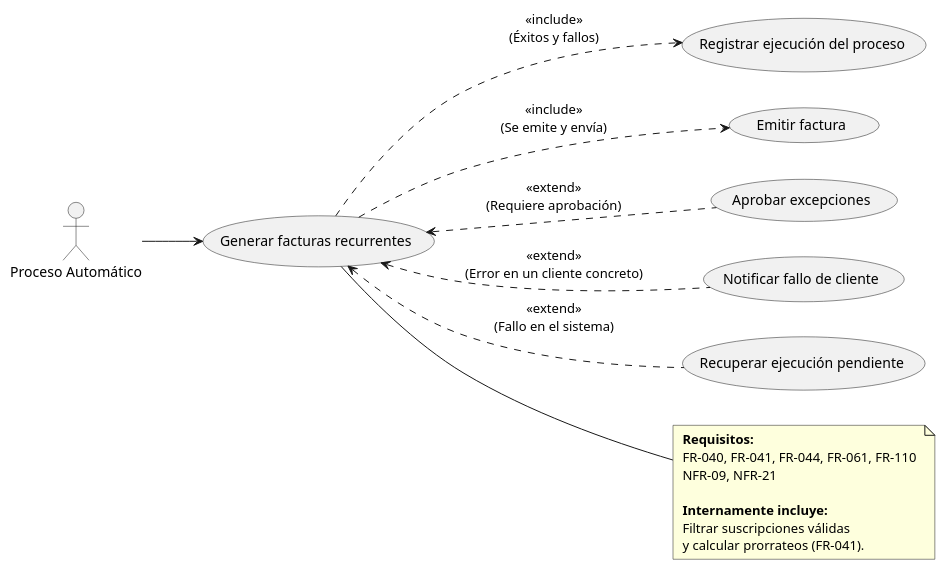
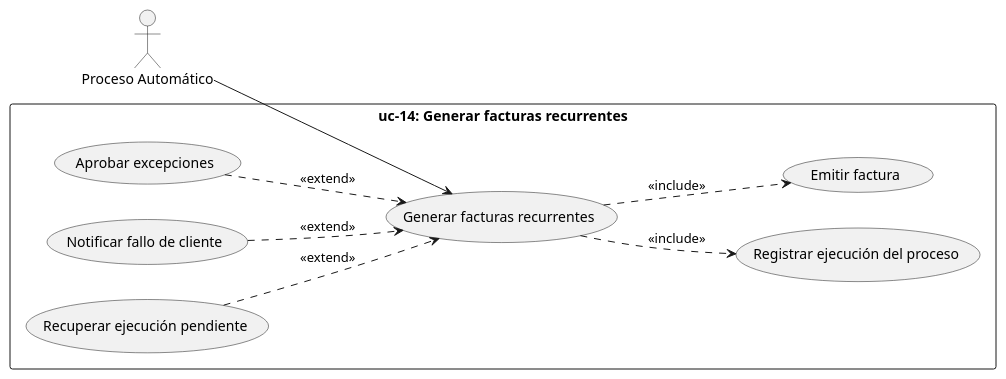
One commit to pablorv3/Hienitas-ADAP changed the diagram in doc/src/casos-uso/uc-14-generar-facturas-recurrentes.pu. Above: the diagram before and after it, drawn with PlantUML. The commit also changed 28 other files, not shown here.

Commit message:
uml diagram fixes

```diff
--- a/doc/src/casos-uso/uc-14-generar-facturas-recurrentes.pu
+++ b/doc/src/casos-uso/uc-14-generar-facturas-recurrentes.pu
@@ -1,34 +1,30 @@
 @startuml uc-14
   left to right direction
 
   actor "Proceso Automático" as PA
+  rectangle "uc-14: Generar facturas recurrentes"{
+    ' Caso de uso principal y registro
+    usecase "Generar facturas recurrentes" as Generar
+    usecase "Registrar ejecución del proceso" as Registrar
 
-  ' Caso de uso principal y registro
-  usecase "Generar facturas recurrentes" as Generar
-  usecase "Registrar ejecución del proceso" as Registrar
+    ' Casos de uso externos referenciados
+    usecase "Emitir factura" as UC12
+    usecase "Aprobar excepciones" as UC16
 
-  ' Casos de uso externos referenciados
-  usecase "Emitir factura" as UC12
-  usecase "Aprobar excepciones" as UC16
+    ' Excepciones y flujos alternativos
+    usecase "Notificar fallo de cliente" as NotificarFallo
+    usecase "Recuperar ejecución pendiente" as Recuperar
 
-  ' Excepciones y flujos alternativos
-  usecase "Notificar fallo de cliente" as NotificarFallo
-  usecase "Recuperar ejecución pendiente" as Recuperar
+    ' Relación del Actor
+    PA --> Generar
 
-  ' Relación del Actor
-  PA --> Generar
+    ' Flujos Obligatorios (Includes)
+    Generar ..> UC12 : <<include>>
+    Generar ..> Registrar : <<include>>
 
-  ' Flujos Obligatorios (Includes)
-  Generar ..> UC12 : <<include>>\n(Se emite y envía)
-  Generar ..> Registrar : <<include>>\n(Éxitos y fallos)
-
-  ' Flujos Alternativos y Excepciones (Extends)
-  UC16 .up.> Generar : <<extend>>\n(Requiere aprobación)
-  NotificarFallo .up.> Generar : <<extend>>\n(Error en un cliente concreto)
-  Recuperar .up.> Generar : <<extend>>\n(Fallo en el sistema)
-
-  ' Nota de requisitos forzada abajo
-  note " **Requisitos:** \n FR-040, FR-041, FR-044, FR-061, FR-110 \n NFR-09, NFR-21 \n\n **Internamente incluye:** \n Filtrar suscripciones válidas \n y calcular prorrateos (FR-041)." as NotaReq
-  Generar -down- NotaReq
-
+    ' Flujos Alternativos y Excepciones (Extends)
+    UC16 ..> Generar : <<extend>>
+    NotificarFallo ..> Generar : <<extend>>
+    Recuperar ..> Generar : <<extend>>
+  }
 @enduml
```
